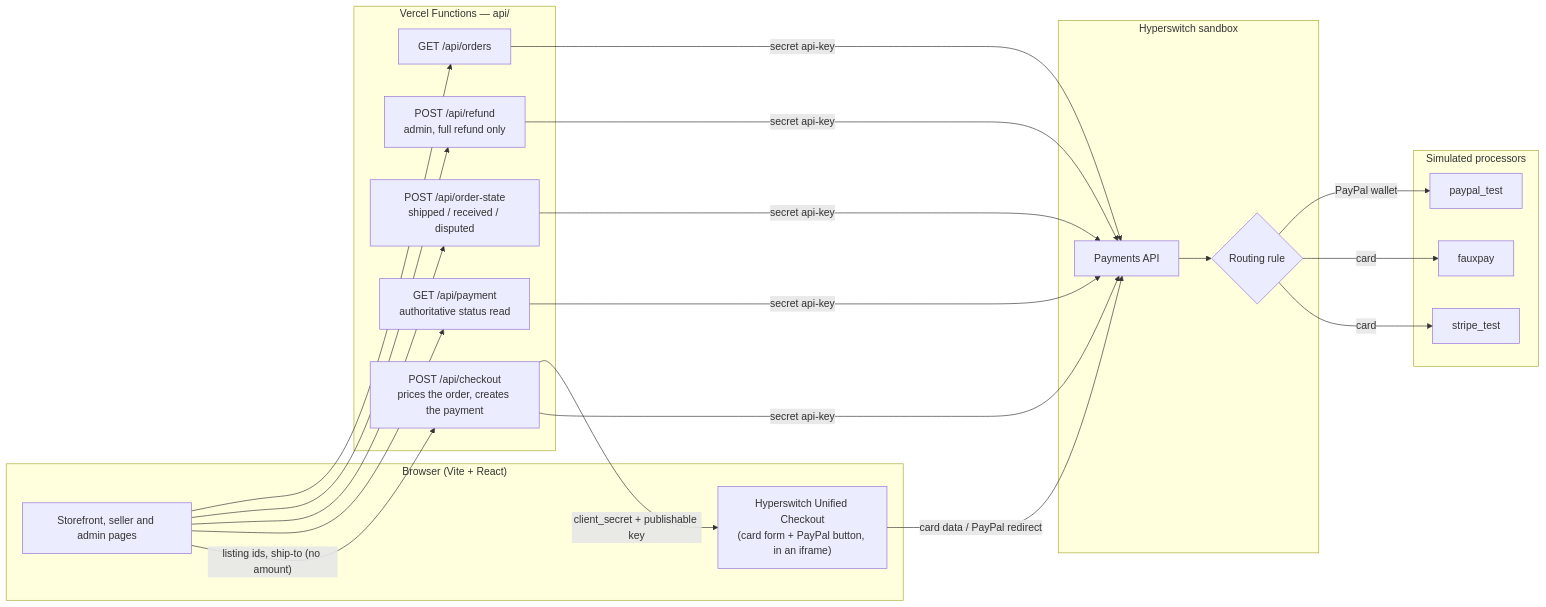
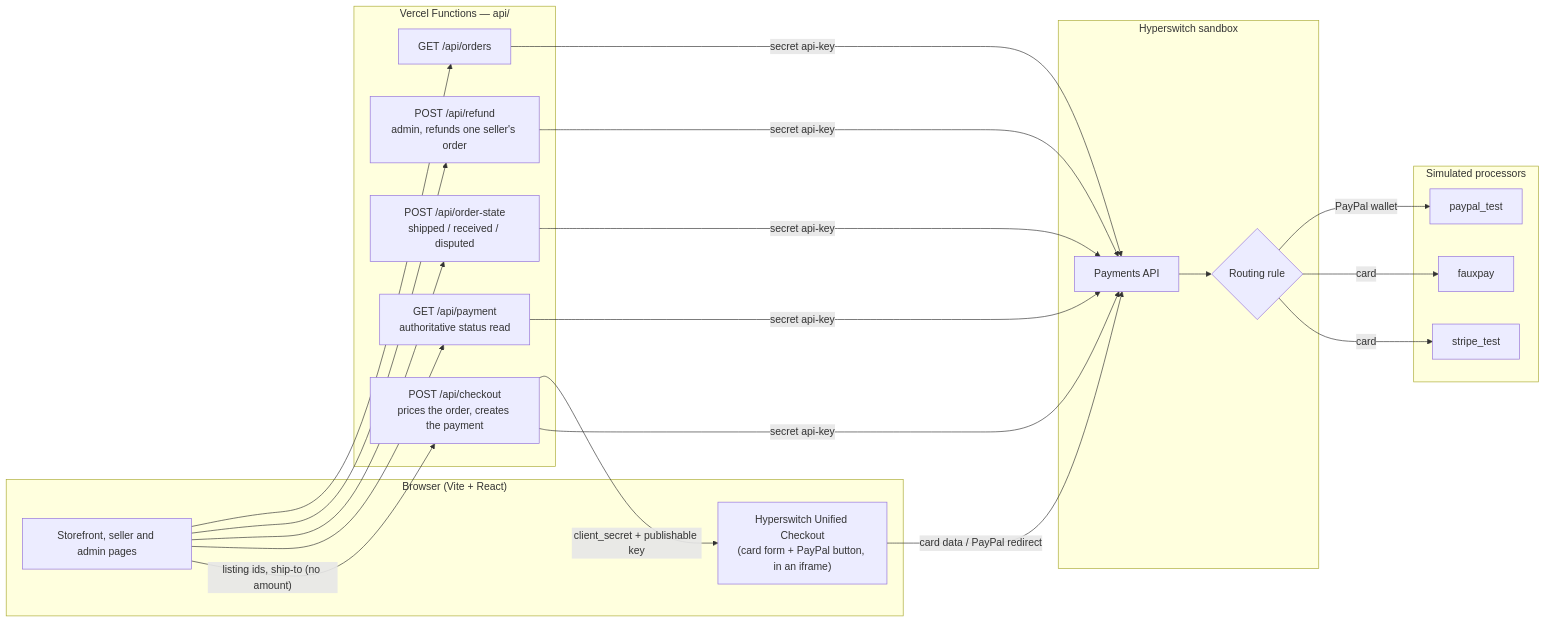
Before and after one commit to jamespotash0/juspay-prototype: the first of 4 diagrams in README.md, drawn with Mermaid. The commit also changed other lines of this file and 34 other files, not shown here.

First line of the commit message:
One payment for a multi-seller cart, split per seller

````diff
--- a/README.md
+++ b/README.md
@@ -60,36 +60,36 @@
 ```mermaid
 flowchart LR
   subgraph Browser["Browser (Vite + React)"]
     UI["Storefront, seller and admin pages"]
     SDK["Hyperswitch Unified Checkout<br/>(card form + PayPal button, in an iframe)"]
   end
 
   subgraph Vercel["Vercel Functions — api/"]
     CO["POST /api/checkout<br/>prices the order, creates the payment"]
     PAY["GET /api/payment<br/>authoritative status read"]
     OS["POST /api/order-state<br/>shipped / received / disputed"]
-    REF["POST /api/refund<br/>admin, full refund only"]
+    REF["POST /api/refund<br/>admin, refunds one seller's order"]
     ORD["GET /api/orders"]
   end
 
   subgraph HS["Hyperswitch sandbox"]
     API["Payments API"]
     RT{"Routing rule"}
   end
 
   subgraph Proc["Simulated processors"]
     ST["stripe_test"]
     FP["fauxpay"]
     PP["paypal_test"]
   end
 
   UI -- "listing ids, ship-to (no amount)" --> CO
   CO -- "secret api-key" --> API
   CO -- "client_secret + publishable key" --> SDK
   SDK -- "card data / PayPal redirect" --> API
   UI --> PAY & OS & REF & ORD
   PAY & OS & REF & ORD -- "secret api-key" --> API
   API --> RT
   RT -- "card" --> ST & FP
   RT -- "PayPal wallet" --> PP
 ```
````
